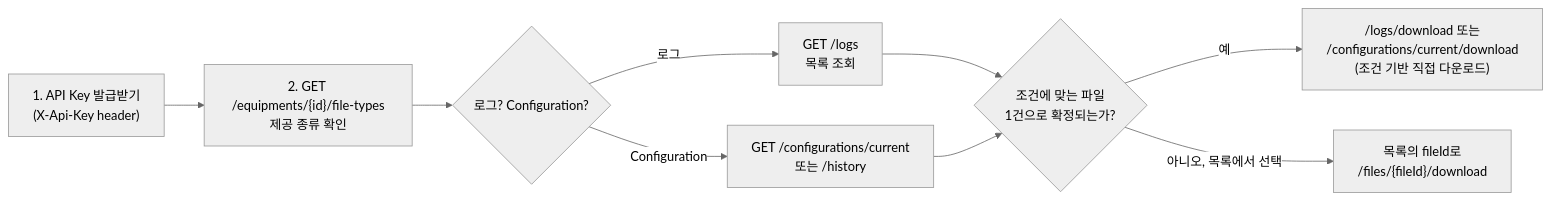
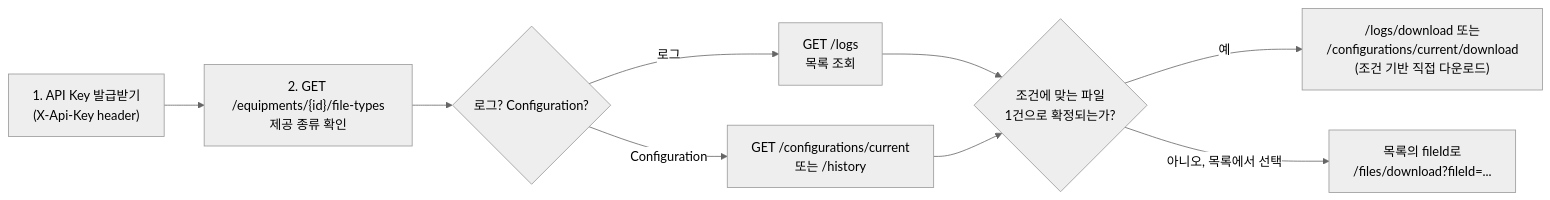
Before and after one commit to hjung3113/FileGateway: the third of 5 diagrams in README.md, drawn with Mermaid (neutral theme). The commit also changed other lines of this file and 10 other files, not shown here.

````diff
--- a/README.md
+++ b/README.md
@@ -176,11 +176,11 @@
 ```mermaid
 flowchart LR
     A1["1. API Key 발급받기<br/>(X-Api-Key header)"] --> A2["2. GET /equipments/{id}/file-types<br/>제공 종류 확인"]
     A2 --> A3{"로그? Configuration?"}
     A3 -- 로그 --> A4["GET /logs<br/>목록 조회"]
     A3 -- Configuration --> A5["GET /configurations/current<br/>또는 /history"]
     A4 --> A6{"조건에 맞는 파일<br/>1건으로 확정되는가?"}
     A5 --> A6
     A6 -- 예 --> A7["/logs/download 또는<br/>/configurations/current/download<br/>(조건 기반 직접 다운로드)"]
-    A6 -- 아니오, 목록에서 선택 --> A8["목록의 fileId로<br/>/files/{fileId}/download"]
+    A6 -- 아니오, 목록에서 선택 --> A8["목록의 fileId로<br/>/files/download?fileId=..."]
 ```
````
